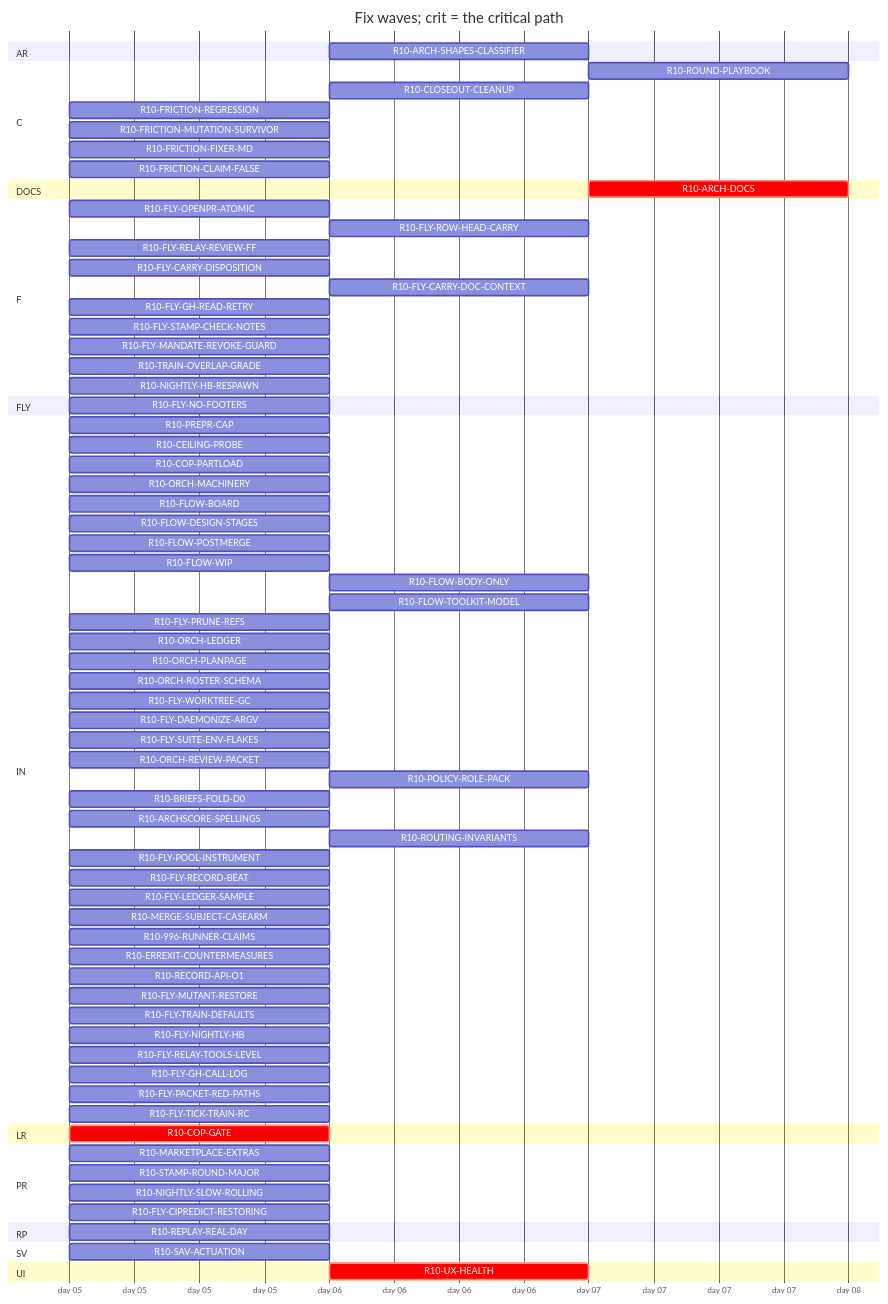
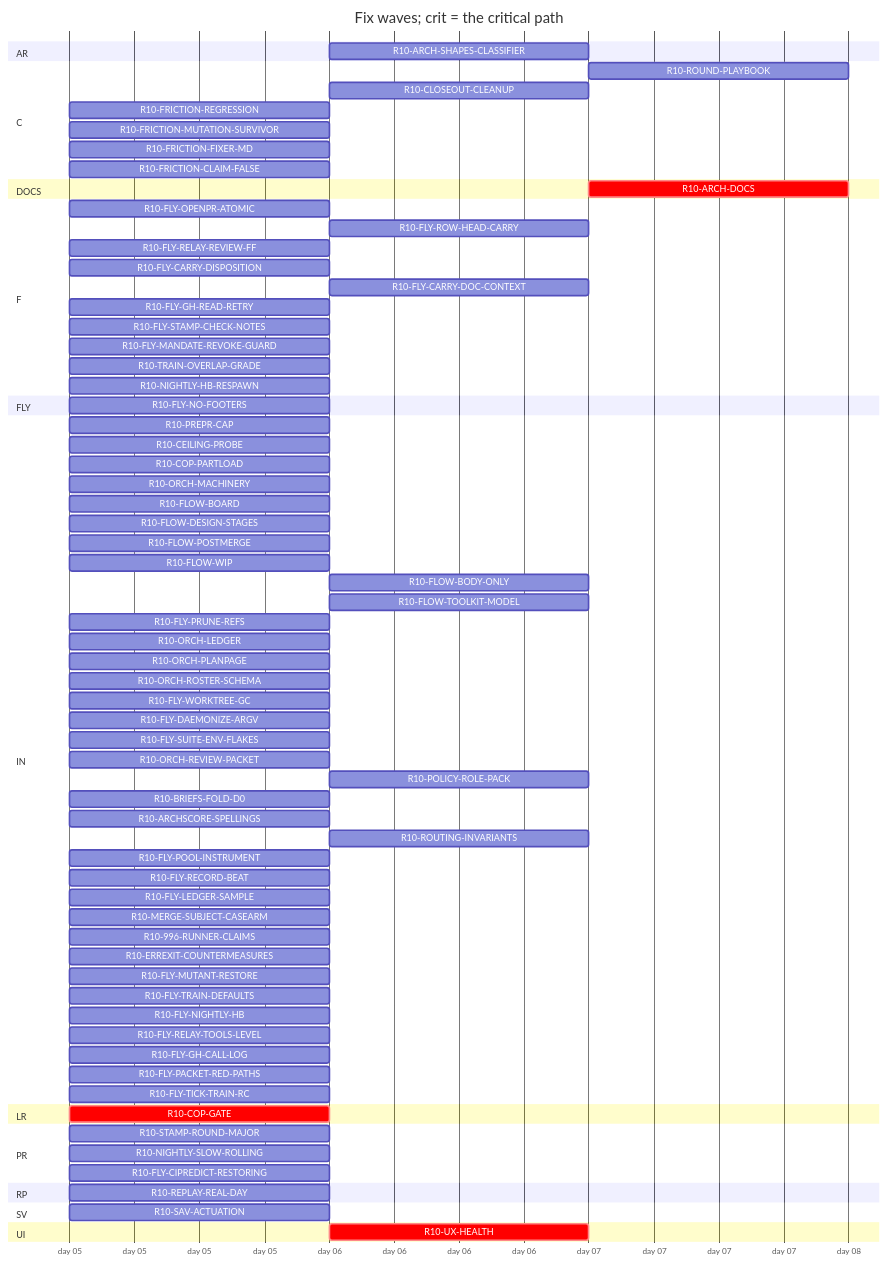
One commit to tvofi/heatpump_optimizer changed the diagram in handoff/round10/state/PLAN-TABLE.md. Above: the diagram before and after it, drawn with Mermaid. The commit also changed other lines of this file and 3 other files, not shown here.

Commit message:
state: FLOW-BOARD.md, NEXT-SESSION-PROMPT.md, PLAN-TABLE.md, RESUME-CURRENT.md regenerated (state_docs.py)

````diff
--- a/handoff/round10/state/PLAN-TABLE.md
+++ b/handoff/round10/state/PLAN-TABLE.md
@@ -24,80 +24,78 @@
 ```mermaid
 gantt
   title Fix waves; crit = the critical path
   dateFormat YYYY-MM-DD
   axisFormat day %d
   section AR
     R10-ARCH-SHAPES-CLASSIFIER :r10ARCHSHAPESCLASSIFIER, after r10996RUNNERCLAIMS, 1d
   section C
     R10-ROUND-PLAYBOOK :r10ROUNDPLAYBOOK, after r10ORCHLEDGER r10ORCHPLANPAGE r10FLYRELAYREVIEWFF r10FLOWBODYONLY, 1d
     R10-CLOSEOUT-CLEANUP :r10CLOSEOUTCLEANUP, after r10FLYPRUNEREFS r10FLYWORKTREEGC, 1d
     R10-FRICTION-REGRESSION :r10FRICTIONREGRESSION, 2026-01-05, 1d
     R10-FRICTION-MUTATION-SURVIVOR :r10FRICTIONMUTATIONSURVIVOR, 2026-01-05, 1d
     R10-FRICTION-FIXER-MD :r10FRICTIONFIXERMD, 2026-01-05, 1d
     R10-FRICTION-CLAIM-FALSE :r10FRICTIONCLAIMFALSE, 2026-01-05, 1d
   section DOCS
     R10-ARCH-DOCS :crit, r10ARCHDOCS, after r10COPGATE r10UXHEALTH r10CEILINGPROBE r10COPPARTLOAD r10FLOWBOARD r10FLOWDESIGNSTAGES r10FLOWPOSTMERGE r10FLOWWIP r10FLOWBODYONLY r10FLYOPENPRATOMIC r10FLYROWHEADCARRY r10FLYRELAYREVIEWFF r10FLYCARRYDISPOSITION r10FLYCARRYDOCCONTEXT r10FLOWTOOLKITMODEL r10FLYSTAMPCHECKNOTES r10FLYMANDATEREVOKEGUARD r10TRAINOVERLAPGRADE r10NIGHTLYHBRESPAWN r10FLYPRUNEREFS r10ORCHLEDGER r10ORCHPLANPAGE r10ORCHROSTERSCHEMA r10FLYWORKTREEGC r10FLYDAEMONIZEARGV r10ORCHREVIEWPACKET r10POLICYROLEPACK r10BRIEFSFOLDD0 r10REPLAYREALDAY r10ARCHSCORESPELLINGS r10SAVACTUATION r10FLYLEDGERSAMPLE, 1d
   section F
     R10-FLY-OPENPR-ATOMIC :r10FLYOPENPRATOMIC, 2026-01-05, 1d
     R10-FLY-ROW-HEAD-CARRY :r10FLYROWHEADCARRY, after r10FLYOPENPRATOMIC, 1d
     R10-FLY-RELAY-REVIEW-FF :r10FLYRELAYREVIEWFF, 2026-01-05, 1d
     R10-FLY-CARRY-DISPOSITION :r10FLYCARRYDISPOSITION, 2026-01-05, 1d
     R10-FLY-CARRY-DOC-CONTEXT :r10FLYCARRYDOCCONTEXT, after r10FLYGHREADRETRY, 1d
     R10-FLY-GH-READ-RETRY :r10FLYGHREADRETRY, 2026-01-05, 1d
     R10-FLY-STAMP-CHECK-NOTES :r10FLYSTAMPCHECKNOTES, 2026-01-05, 1d
     R10-FLY-MANDATE-REVOKE-GUARD :r10FLYMANDATEREVOKEGUARD, 2026-01-05, 1d
     R10-TRAIN-OVERLAP-GRADE :r10TRAINOVERLAPGRADE, 2026-01-05, 1d
     R10-NIGHTLY-HB-RESPAWN :r10NIGHTLYHBRESPAWN, 2026-01-05, 1d
   section FLY
     R10-FLY-NO-FOOTERS :r10FLYNOFOOTERS, 2026-01-05, 1d
   section IN
     R10-PREPR-CAP :r10PREPRCAP, 2026-01-05, 1d
     R10-CEILING-PROBE :r10CEILINGPROBE, 2026-01-05, 1d
     R10-COP-PARTLOAD :r10COPPARTLOAD, 2026-01-05, 1d
     R10-ORCH-MACHINERY :r10ORCHMACHINERY, 2026-01-05, 1d
     R10-FLOW-BOARD :r10FLOWBOARD, 2026-01-05, 1d
     R10-FLOW-DESIGN-STAGES :r10FLOWDESIGNSTAGES, 2026-01-05, 1d
     R10-FLOW-POSTMERGE :r10FLOWPOSTMERGE, 2026-01-05, 1d
     R10-FLOW-WIP :r10FLOWWIP, 2026-01-05, 1d
     R10-FLOW-BODY-ONLY :r10FLOWBODYONLY, after r10FLYOPENPRATOMIC, 1d
     R10-FLOW-TOOLKIT-MODEL :r10FLOWTOOLKITMODEL, after r10ORCHPLANPAGE, 1d
     R10-FLY-PRUNE-REFS :r10FLYPRUNEREFS, 2026-01-05, 1d
     R10-ORCH-LEDGER :r10ORCHLEDGER, 2026-01-05, 1d
     R10-ORCH-PLANPAGE :r10ORCHPLANPAGE, 2026-01-05, 1d
     R10-ORCH-ROSTER-SCHEMA :r10ORCHROSTERSCHEMA, 2026-01-05, 1d
     R10-FLY-WORKTREE-GC :r10FLYWORKTREEGC, 2026-01-05, 1d
     R10-FLY-DAEMONIZE-ARGV :r10FLYDAEMONIZEARGV, 2026-01-05, 1d
     R10-FLY-SUITE-ENV-FLAKES :r10FLYSUITEENVFLAKES, 2026-01-05, 1d
     R10-ORCH-REVIEW-PACKET :r10ORCHREVIEWPACKET, 2026-01-05, 1d
     R10-POLICY-ROLE-PACK :r10POLICYROLEPACK, after r10FLOWDESIGNSTAGES, 1d
     R10-BRIEFS-FOLD-D0 :r10BRIEFSFOLDD0, 2026-01-05, 1d
     R10-ARCHSCORE-SPELLINGS :r10ARCHSCORESPELLINGS, 2026-01-05, 1d
     R10-ROUTING-INVARIANTS :r10ROUTINGINVARIANTS, after r10ORCHROSTERSCHEMA, 1d
     R10-FLY-POOL-INSTRUMENT :r10FLYPOOLINSTRUMENT, 2026-01-05, 1d
     R10-FLY-RECORD-BEAT :r10FLYRECORDBEAT, 2026-01-05, 1d
     R10-FLY-LEDGER-SAMPLE :r10FLYLEDGERSAMPLE, 2026-01-05, 1d
     R10-MERGE-SUBJECT-CASEARM :r10MERGESUBJECTCASEARM, 2026-01-05, 1d
     R10-996-RUNNER-CLAIMS :r10996RUNNERCLAIMS, 2026-01-05, 1d
     R10-ERREXIT-COUNTERMEASURES :r10ERREXITCOUNTERMEASURES, 2026-01-05, 1d
-    R10-RECORD-API-O1 :r10RECORDAPIO1, 2026-01-05, 1d
     R10-FLY-MUTANT-RESTORE :r10FLYMUTANTRESTORE, 2026-01-05, 1d
     R10-FLY-TRAIN-DEFAULTS :r10FLYTRAINDEFAULTS, 2026-01-05, 1d
     R10-FLY-NIGHTLY-HB :r10FLYNIGHTLYHB, 2026-01-05, 1d
     R10-FLY-RELAY-TOOLS-LEVEL :r10FLYRELAYTOOLSLEVEL, 2026-01-05, 1d
     R10-FLY-GH-CALL-LOG :r10FLYGHCALLLOG, 2026-01-05, 1d
     R10-FLY-PACKET-RED-PATHS :r10FLYPACKETREDPATHS, 2026-01-05, 1d
     R10-FLY-TICK-TRAIN-RC :r10FLYTICKTRAINRC, 2026-01-05, 1d
   section LR
     R10-COP-GATE :crit, r10COPGATE, 2026-01-05, 1d
   section PR
-    R10-MARKETPLACE-EXTRAS :r10MARKETPLACEEXTRAS, 2026-01-05, 1d
     R10-STAMP-ROUND-MAJOR :r10STAMPROUNDMAJOR, 2026-01-05, 1d
     R10-NIGHTLY-SLOW-ROLLING :r10NIGHTLYSLOWROLLING, 2026-01-05, 1d
     R10-FLY-CIPREDICT-RESTORING :r10FLYCIPREDICTRESTORING, 2026-01-05, 1d
   section RP
     R10-REPLAY-REAL-DAY :r10REPLAYREALDAY, 2026-01-05, 1d
   section SV
     R10-SAV-ACTUATION :r10SAVACTUATION, 2026-01-05, 1d
   section UI
     R10-UX-HEALTH :crit, r10UXHEALTH, after r10COPGATE, 1d
 ```
````
